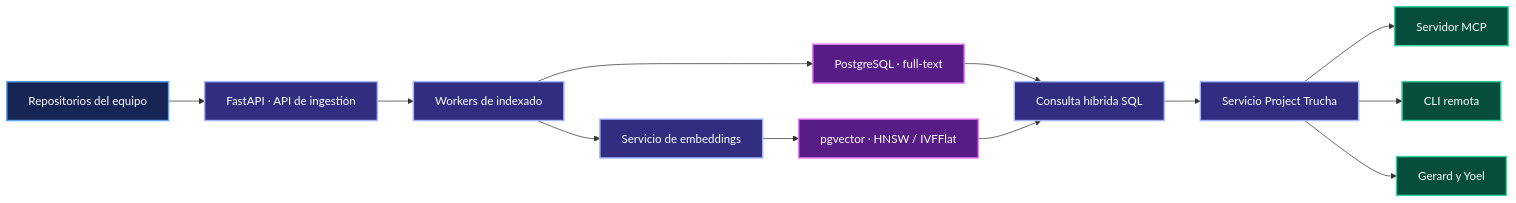
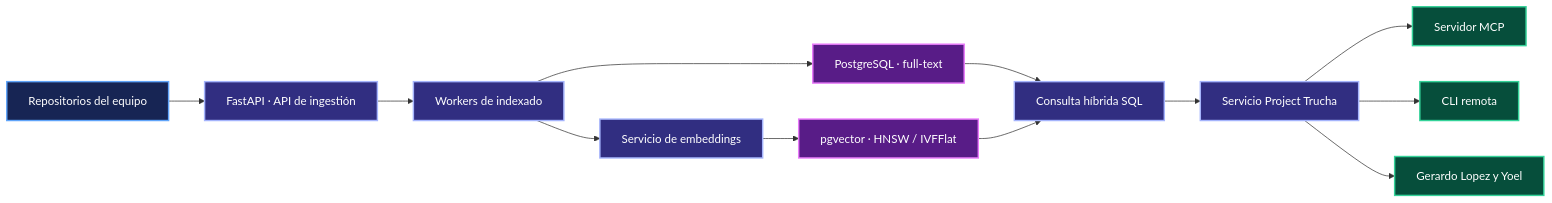
Before and after one commit to MaximilianoRodrigoSoria/project-trucha: the sixth of 6 diagrams in docs/alternativas-stack.md, drawn with Mermaid. The commit also changed other lines of this file and 5 other files, not shown here.

Commit message:
docs: unificar nombre de Gerardo Lopez

````diff
--- a/docs/alternativas-stack.md
+++ b/docs/alternativas-stack.md
@@ -260,23 +260,23 @@
 ```mermaid
 flowchart LR
     R["Repositorios del equipo"] --> API["FastAPI · API de ingestión"]
     API --> W["Workers de indexado"]
     W --> TXT["PostgreSQL · full-text"]
     W --> E["Servicio de embeddings"]
     E --> V["pgvector · HNSW / IVFFlat"]
     TXT --> SQL["Consulta híbrida SQL"]
     V --> SQL
     SQL --> CORE["Servicio Project Trucha"]
     CORE --> MCP["Servidor MCP"]
     CORE --> CLI["CLI remota"]
-    CORE --> TEAM["Gerard y Yoel"]
+    CORE --> TEAM["Gerardo Lopez y Yoel"]
 
     classDef input fill:#172554,color:#fff,stroke:#60A5FA,stroke-width:2px;
     classDef process fill:#312E81,color:#fff,stroke:#A5B4FC,stroke-width:2px;
     classDef storage fill:#581C87,color:#fff,stroke:#E879F9,stroke-width:2px;
     classDef output fill:#064E3B,color:#fff,stroke:#34D399,stroke-width:2px;
     class R input;
     class API,W,E,SQL,CORE process;
     class TXT,V storage;
     class MCP,CLI,TEAM output;
 ```
````
